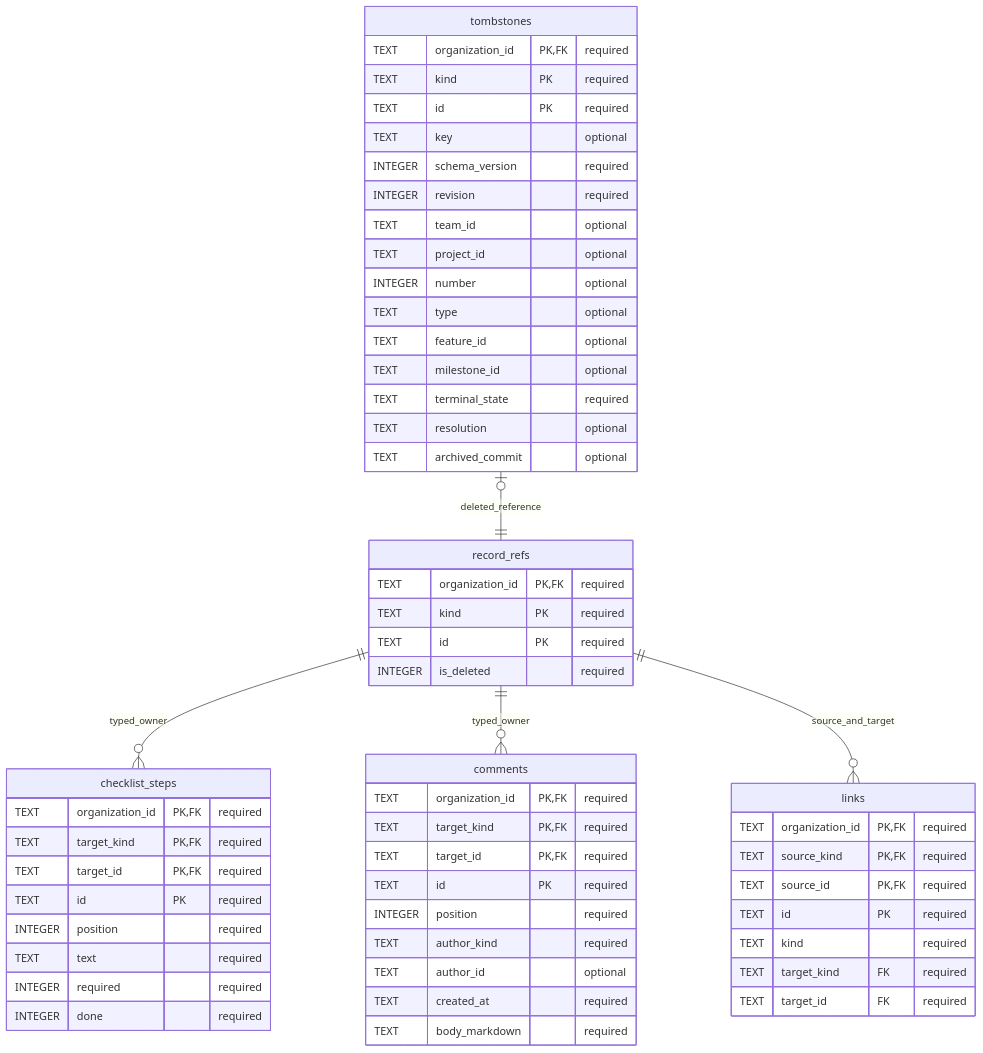
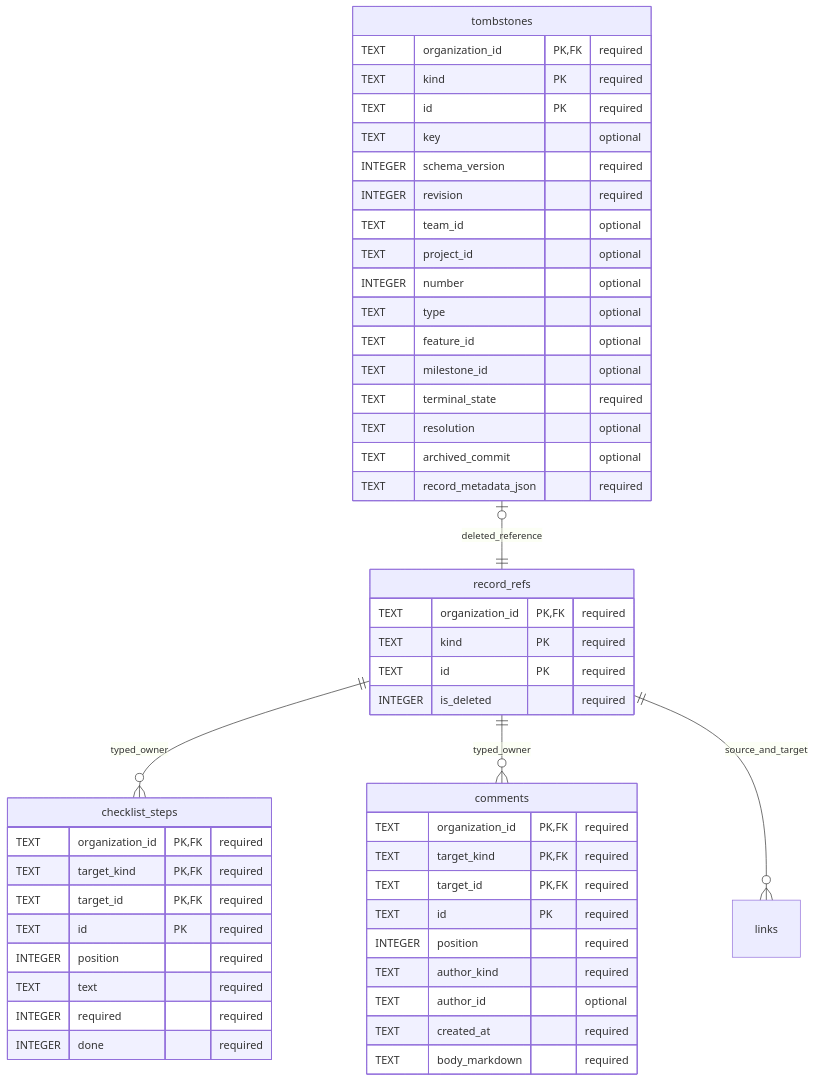
Before and after one commit to vgmello/agentic-org: the second of 2 diagrams in docs/design/organization-data/03-features-and-work.md, drawn with Mermaid. The commit also changed other lines of this file and 9 other files, not shown here.

````diff
--- a/docs/design/organization-data/03-features-and-work.md
+++ b/docs/design/organization-data/03-features-and-work.md
@@ -148,60 +170,52 @@
 ```mermaid
 erDiagram
     record_refs ||--o{ checklist_steps : typed_owner
     record_refs ||--o{ comments : typed_owner
     record_refs ||--o{ links : source_and_target
     tombstones o|--|| record_refs : deleted_reference
     record_refs {
         TEXT organization_id PK, FK "required"
         TEXT kind PK "required"
         TEXT id PK "required"
         INTEGER is_deleted "required"
     }
     checklist_steps {
         TEXT organization_id PK, FK "required"
         TEXT target_kind PK, FK "required"
         TEXT target_id PK, FK "required"
         TEXT id PK "required"
         INTEGER position "required"
         TEXT text "required"
         INTEGER required "required"
         INTEGER done "required"
     }
     comments {
         TEXT organization_id PK, FK "required"
         TEXT target_kind PK, FK "required"
         TEXT target_id PK, FK "required"
         TEXT id PK "required"
         INTEGER position "required"
         TEXT author_kind "required"
         TEXT author_id "optional"
         TEXT created_at "required"
         TEXT body_markdown "required"
     }
-    links {
-        TEXT organization_id PK, FK "required"
-        TEXT source_kind PK, FK "required"
-        TEXT source_id PK, FK "required"
-        TEXT id PK "required"
-        TEXT kind "required"
-        TEXT target_kind FK "required"
-        TEXT target_id FK "required"
-    }
     tombstones {
         TEXT organization_id PK, FK "required"
         TEXT kind PK "required"
         TEXT id PK "required"
         TEXT key "optional"
         INTEGER schema_version "required"
         INTEGER revision "required"
         TEXT team_id "optional"
         TEXT project_id "optional"
         INTEGER number "optional"
         TEXT type "optional"
         TEXT feature_id "optional"
         TEXT milestone_id "optional"
         TEXT terminal_state "required"
         TEXT resolution "optional"
         TEXT archived_commit "optional"
+        TEXT record_metadata_json "required"
     }
 ```
````
